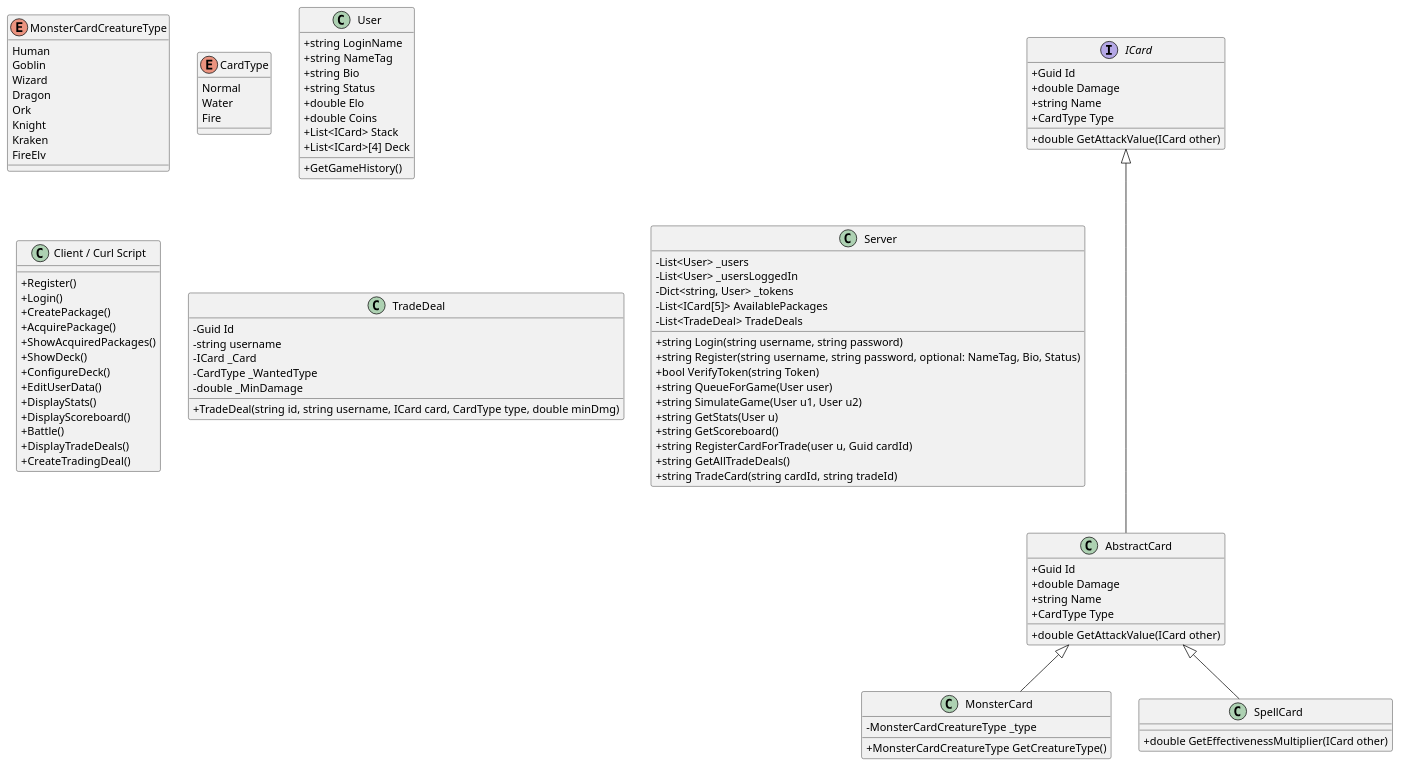
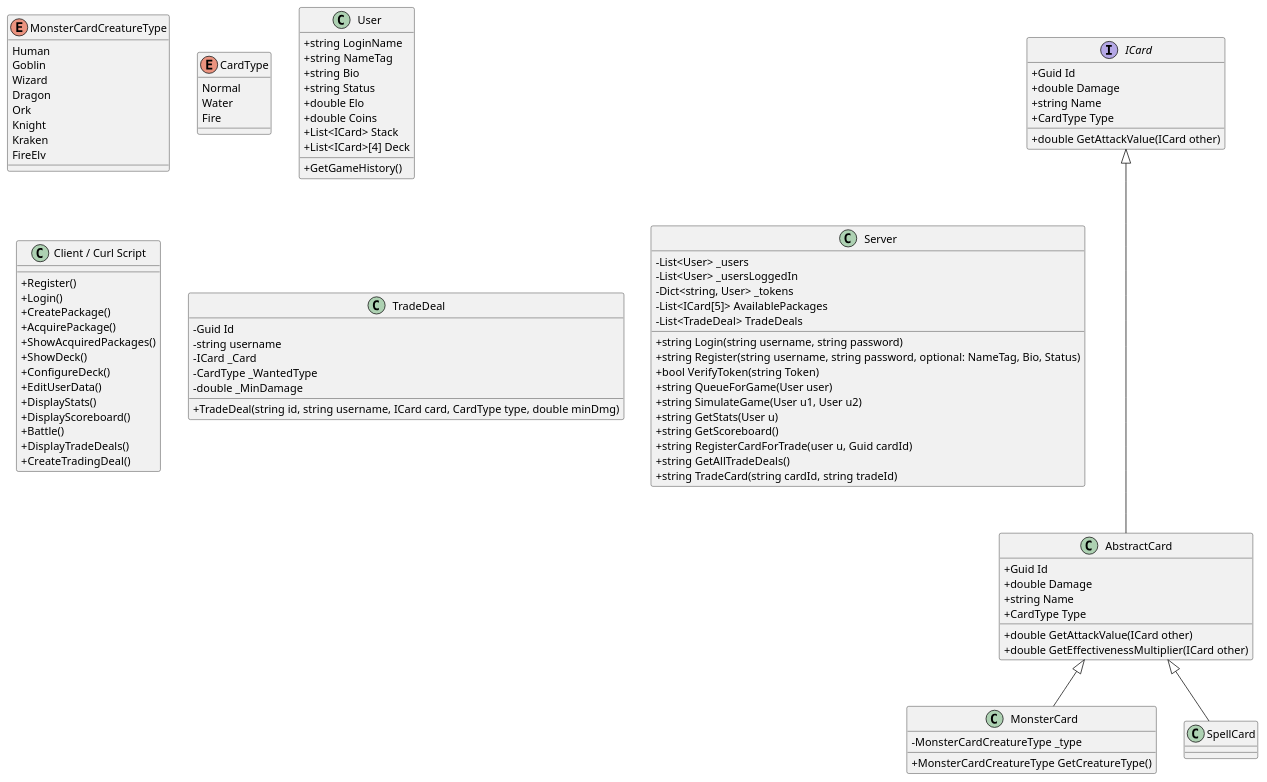
The diagram in mtcg_class_diagram.puml (cellularegg/swe-mtcg), drawn with PlantUML before and after one commit. The commit also changed other lines of this file and 1 other file, not shown here.

Commit message:
updated class diagram

```diff
--- a/mtcg_class_diagram.puml
+++ b/mtcg_class_diagram.puml
@@ -1,105 +1,105 @@
 @startuml
 skinparam classAttributeIconSize 0
 
 Interface ICard{
  +Guid Id
  +double Damage
  +string Name
  +CardType Type
  +double GetAttackValue(ICard other)
 }
 
 class AbstractCard{
  +Guid Id
  +double Damage
  +string Name
  +CardType Type
  +double GetAttackValue(ICard other)
+ +double GetEffectivenessMultiplier(ICard other)
 }
 ICard <|--- AbstractCard
 
 class MonsterCard{
  -MonsterCardCreatureType _type
  +MonsterCardCreatureType GetCreatureType()
 }
 enum MonsterCardCreatureType{
  Human
  Goblin
  Wizard
  Dragon
  Ork
  Knight
  Kraken
  FireElv
 }
 
 class SpellCard{
- +double GetEffectivenessMultiplier(ICard other)
 }
 enum CardType{
  Normal
  Water
  Fire
 }
 AbstractCard <|-- MonsterCard
 AbstractCard <|-- SpellCard
 
 class User{
  +string LoginName
  +string NameTag
  +string Bio
  +string Status
  +double Elo
  +double Coins
  +List<ICard> Stack
  +GetGameHistory()
  +List<ICard>[4] Deck
 }
 
 
 class "Client / Curl Script"{
  +Register()
  +Login()
  +CreatePackage()
  +AcquirePackage()
  +ShowAcquiredPackages()
  +ShowDeck()
  +ConfigureDeck()
  +EditUserData()
  +DisplayStats()
  +DisplayScoreboard()
  +Battle()
  +DisplayTradeDeals()
  +CreateTradingDeal() 
 }
 
 
 class TradeDeal {
  -Guid Id
  -string username
  -ICard _Card
  -CardType _WantedType
  -double _MinDamage
  +TradeDeal(string id, string username, ICard card, CardType type, double minDmg)
 }
 
 class Server{
  -List<User> _users
  -List<User> _usersLoggedIn
  -Dict<string, User> _tokens
  -List<ICard[5]> AvailablePackages
  -List<TradeDeal> TradeDeals
  +string Login(string username, string password)
  +string Register(string username, string password, optional: NameTag, Bio, Status)
  +bool VerifyToken(string Token)
  +string QueueForGame(User user)
  +string SimulateGame(User u1, User u2)
  +string GetStats(User u)
  +string GetScoreboard()
  +string RegisterCardForTrade(user u, Guid cardId)
  +string GetAllTradeDeals()
  +string TradeCard(string cardId, string tradeId)
  
 }
 
 @enduml
```
